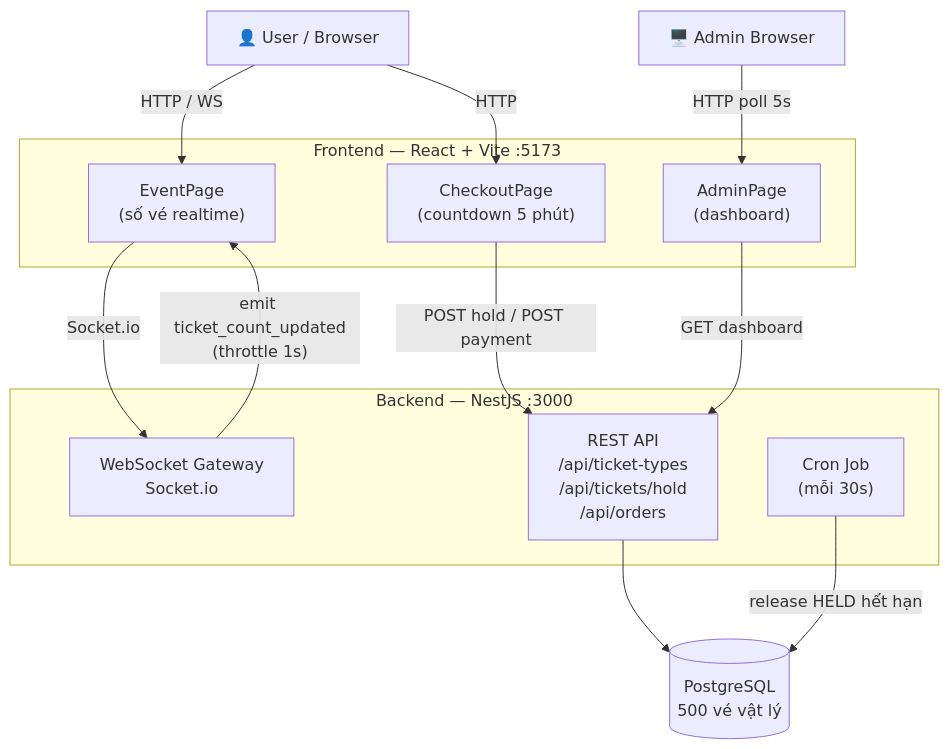
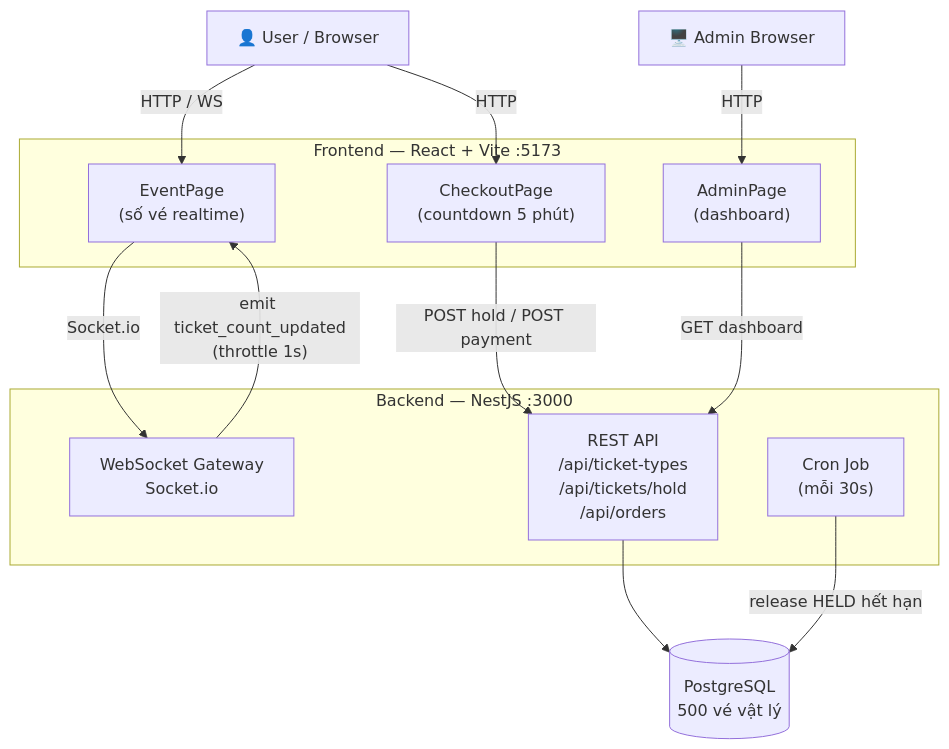
The diagram in README.md (le-dat/mini-ticketbox), drawn with Mermaid before and after one commit. The commit also changed other lines of this file and 7 other files, not shown here.

````diff
--- a/README.md
+++ b/README.md
@@ -7,31 +7,31 @@
 ```mermaid
 graph TD
     User["👤 User / Browser"]
     Admin["🖥️ Admin Browser"]
 
     subgraph Frontend ["Frontend — React + Vite :5173"]
         EventPage["EventPage\n(số vé realtime)"]
         CheckoutPage["CheckoutPage\n(countdown 5 phút)"]
         AdminPage["AdminPage\n(dashboard)"]
     end
 
     subgraph Backend ["Backend — NestJS :3000"]
         REST["REST API\n/api/ticket-types\n/api/tickets/hold\n/api/orders"]
         WS["WebSocket Gateway\nSocket.io"]
         Cron["Cron Job\n(mỗi 30s)"]
     end
 
     DB[("PostgreSQL\n500 vé vật lý")]
 
     User -->|"HTTP / WS"| EventPage
     User -->|"HTTP"| CheckoutPage
-    Admin -->|"HTTP poll 5s"| AdminPage
+    Admin --> |"HTTP"| AdminPage
 
     EventPage -->|"Socket.io"| WS
     CheckoutPage -->|"POST hold / POST payment"| REST
     AdminPage -->|"GET dashboard"| REST
 
     WS -->|"emit ticket_count_updated\n(throttle 1s)"| EventPage
     REST --> DB
     Cron -->|"release HELD hết hạn"| DB
 ```
````
